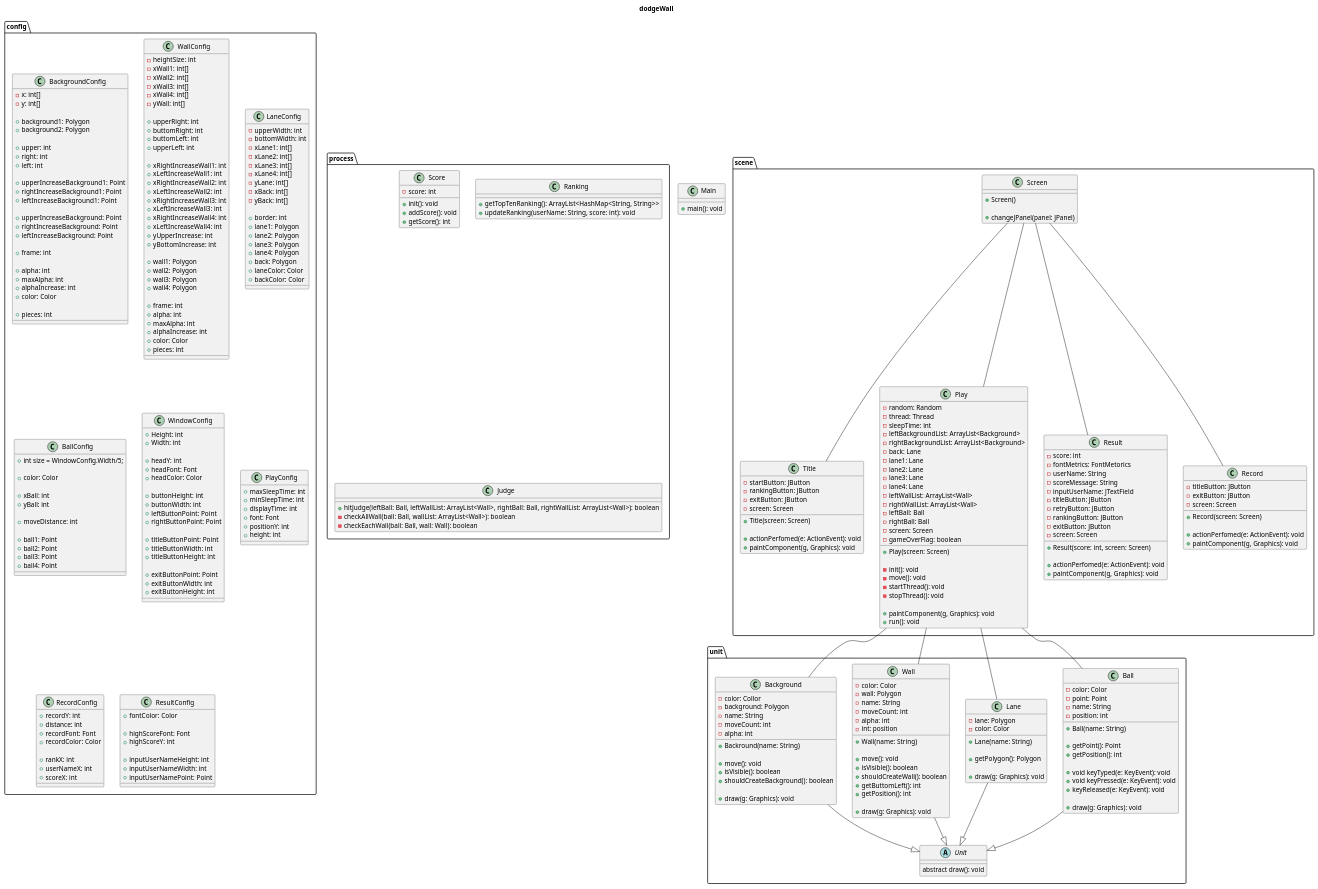
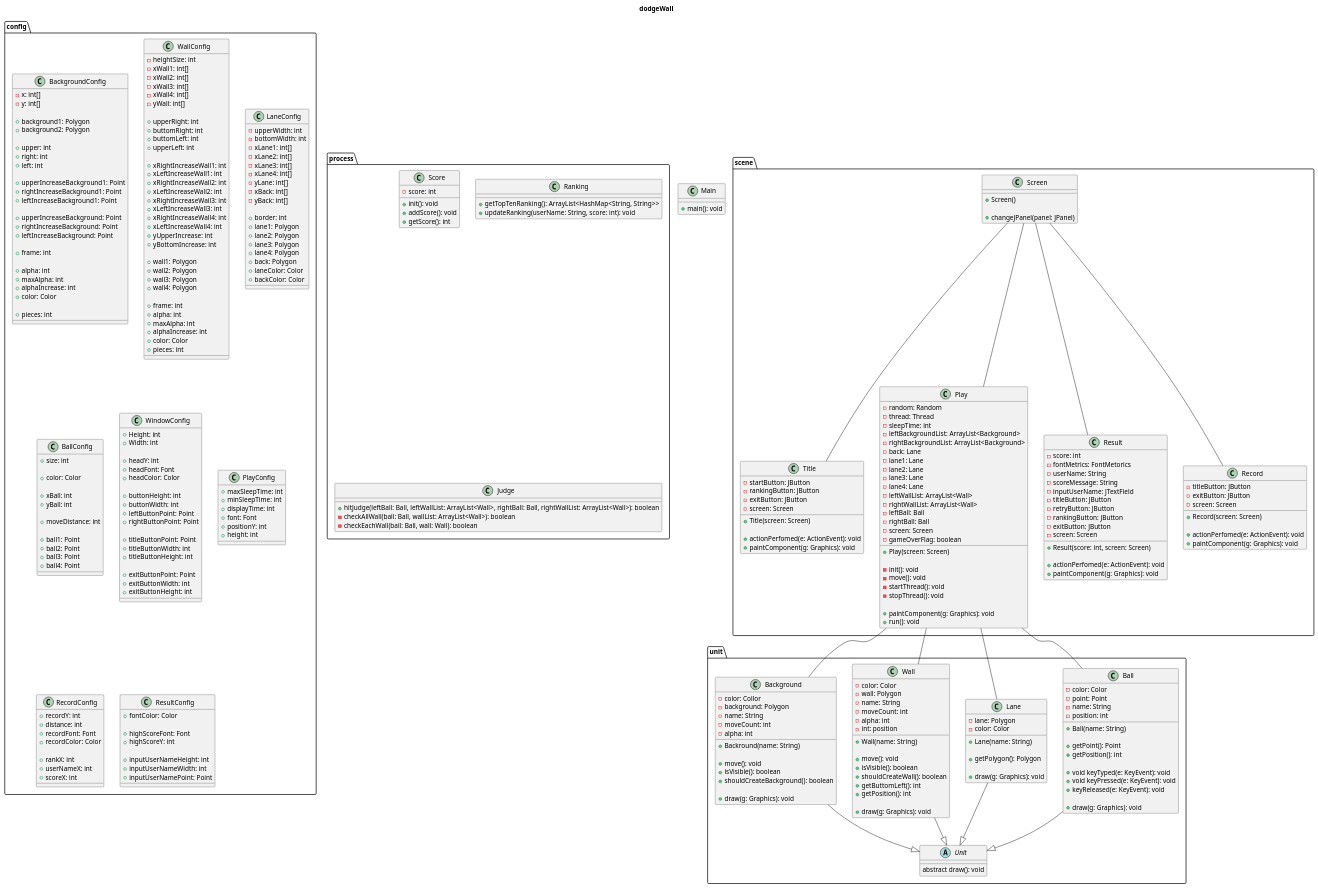
Before and after one commit to tokutatsu/DodgeWall: the diagram in documents/uml/class/class.pu, drawn with PlantUML.

Commit message:
クラス図を完成させた #3

```diff
--- a/documents/uml/class/class.pu
+++ b/documents/uml/class/class.pu
@@ -164,7 +164,7 @@
     }
 
     class BallConfig {
-        + int size = WindowConfig.Width/5;
+        + size: int
 
         + color: Color
 
@@ -249,7 +249,7 @@
         + Title(screen: Screen)
 
         + actionPerfomed(e: ActionEvent): void
-        + paintComponent(g, Graphics): void
+        + paintComponent(g: Graphics): void
     }
 
     class Play {
@@ -277,7 +277,7 @@
         - startThread(): void
         - stopThread(): void
 
-        + paintComponent(g, Graphics): void
+        + paintComponent(g: Graphics): void
         + run(): void
     }
 
@@ -296,7 +296,7 @@
         + Result(score: int, screen: Screen)
 
         + actionPerfomed(e: ActionEvent): void
-        + paintComponent(g, Graphics): void
+        + paintComponent(g: Graphics): void
     }
     
     class Record {
@@ -307,7 +307,7 @@
         + Record(screen: Screen)
 
         + actionPerfomed(e: ActionEvent): void
-        + paintComponent(g, Graphics): void
+        + paintComponent(g: Graphics): void
     }
 }
 
```
